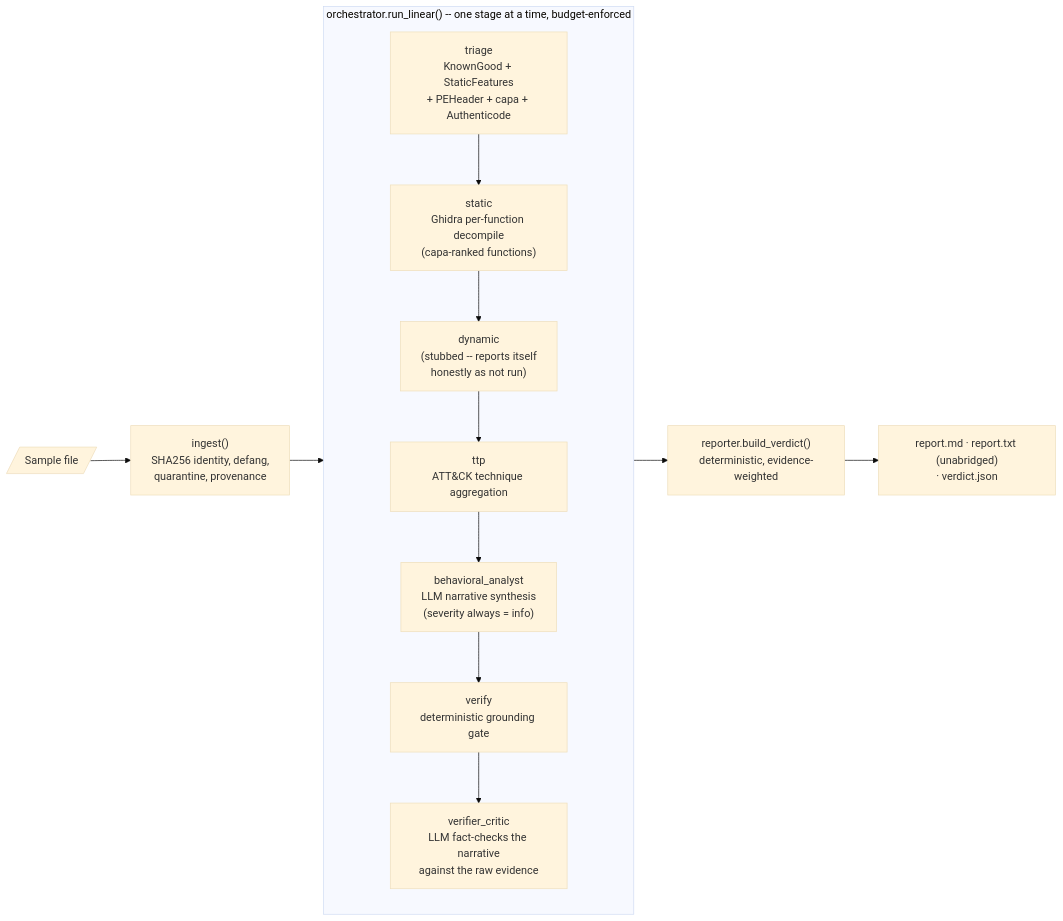
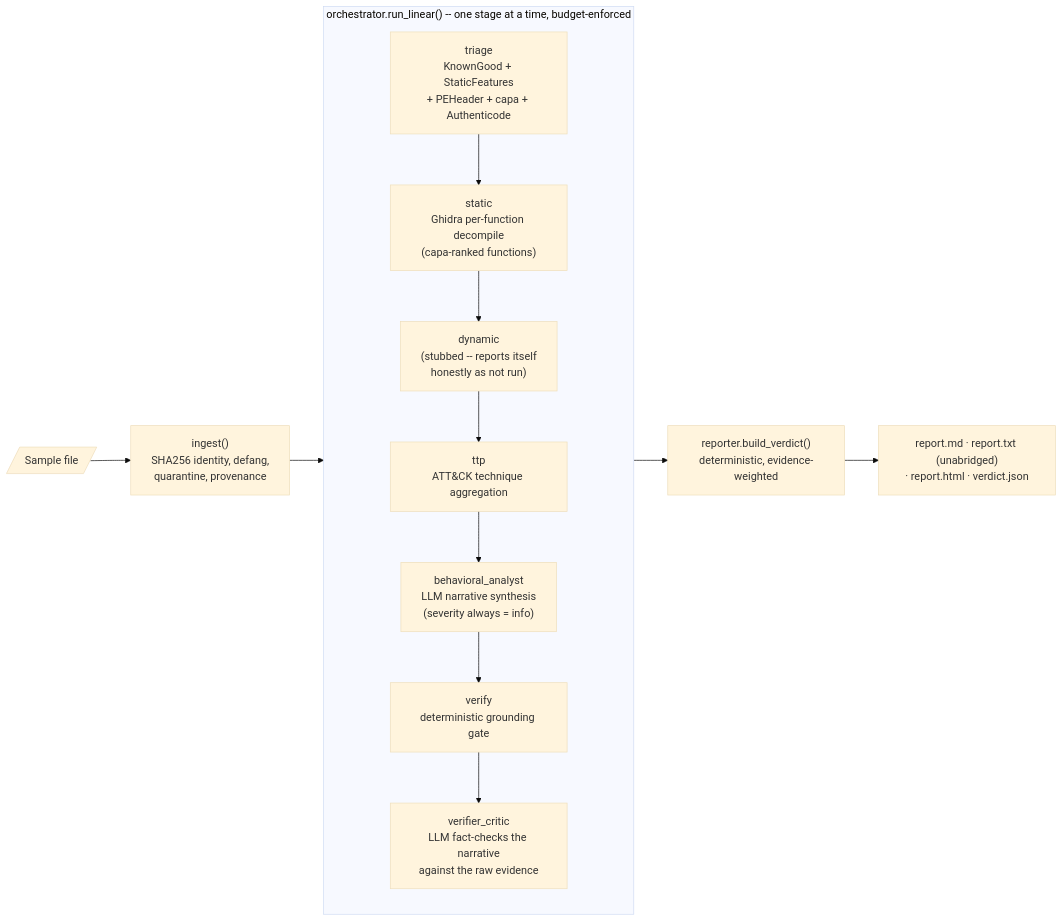
One commit to AnimeshShaw/mal-agent changed the first of 4 diagrams in docs/ARCHITECTURE.md. Above: the diagram before and after it, drawn with Mermaid (base theme). The commit also changed other lines of this file and 2 other files, not shown here.

````diff
--- a/docs/ARCHITECTURE.md
+++ b/docs/ARCHITECTURE.md
@@ -45,18 +45,18 @@
 ```mermaid
 flowchart LR
     Sample[/"Sample file"/] --> Ingest["ingest()\nSHA256 identity, defang,\nquarantine, provenance"]
     Ingest --> Triage
     subgraph Pipeline["orchestrator.run_linear() -- one stage at a time, budget-enforced"]
         direction TB
         Triage["triage\nKnownGood + StaticFeatures\n+ PEHeader + capa + Authenticode"]
         Static["static\nGhidra per-function decompile\n(capa-ranked functions)"]
         Dynamic["dynamic\n(stubbed -- reports itself\nhonestly as not run)"]
         TTP["ttp\nATT&CK technique aggregation"]
         Behavioral["behavioral_analyst\nLLM narrative synthesis\n(severity always = info)"]
         Verify["verify\ndeterministic grounding gate"]
         Critic["verifier_critic\nLLM fact-checks the narrative\nagainst the raw evidence"]
         Triage --> Static --> Dynamic --> TTP --> Behavioral --> Verify --> Critic
     end
     Critic --> Reporter["reporter.build_verdict()\ndeterministic, evidence-weighted"]
-    Reporter --> Outputs["report.md · report.txt (unabridged)\n· verdict.json"]
+    Reporter --> Outputs["report.md · report.txt (unabridged)\n· report.html · verdict.json"]
 ```
````
